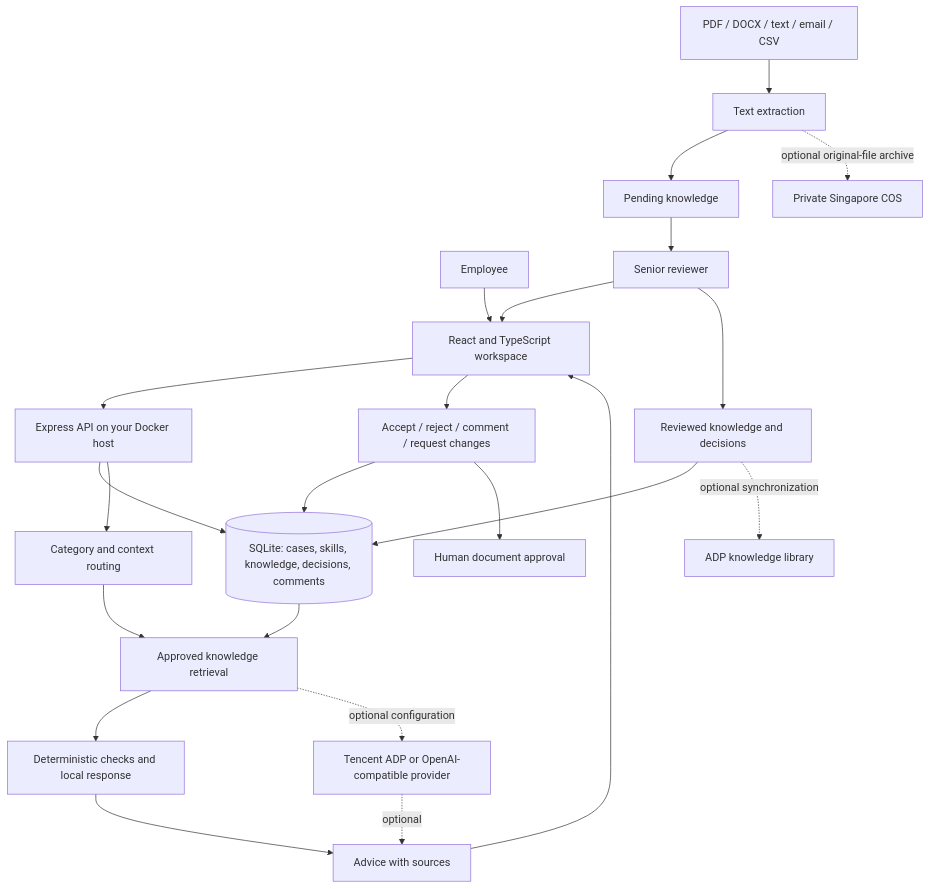
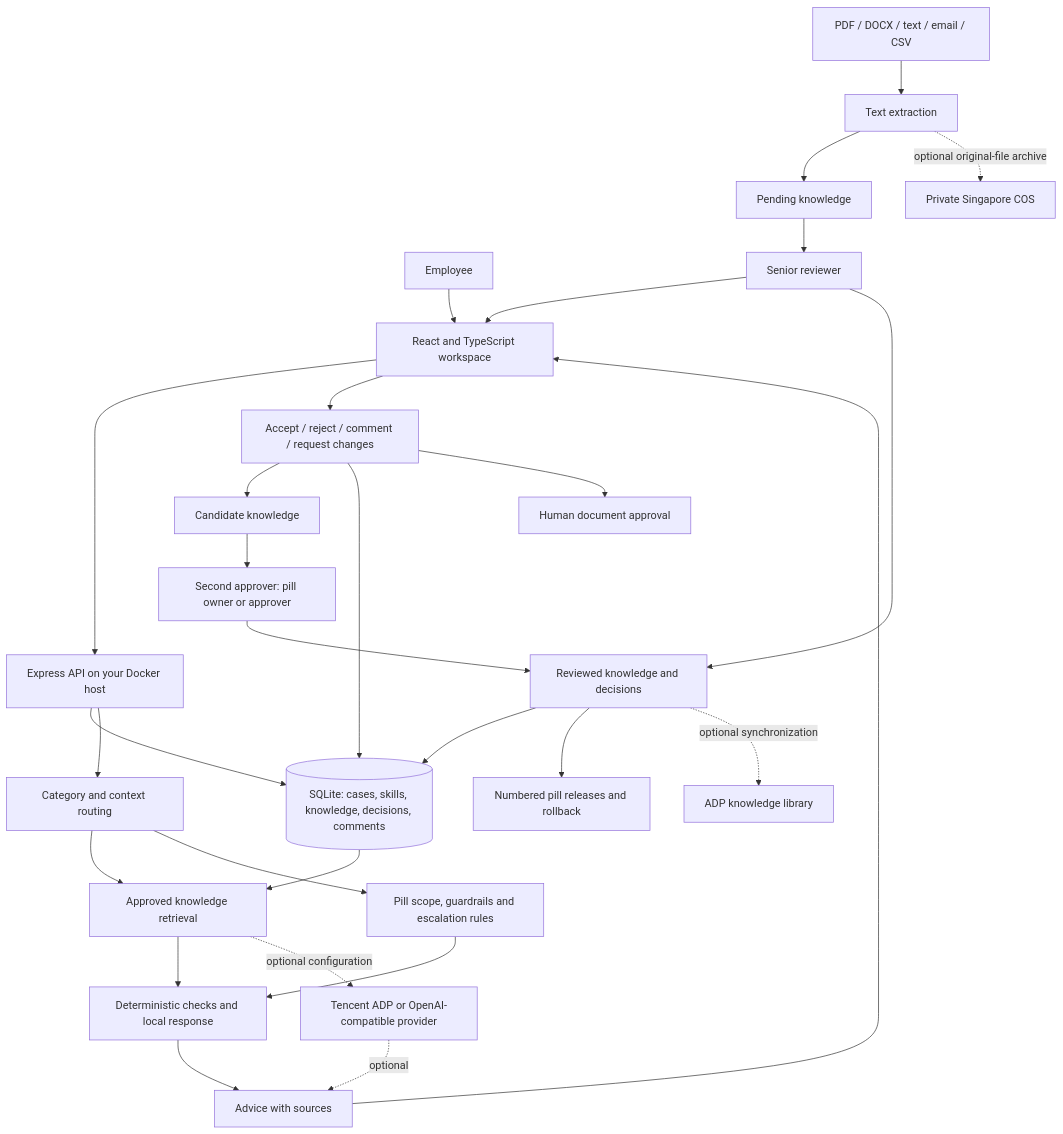
Before and after one commit to RobotHanzo/TencentHackathon2026: the diagram in docs/HACKATHON_SUBMISSION.md, drawn with Mermaid. The commit also changed other lines of this file and 28 other files, not shown here.

````diff
--- a/docs/HACKATHON_SUBMISSION.md
+++ b/docs/HACKATHON_SUBMISSION.md
@@ -35,25 +36,31 @@
 ```mermaid
 flowchart TD
     Employee[Employee] --> UI[React and TypeScript workspace]
     Manager[Senior reviewer] --> UI
     UI --> API[Express API on your Docker host]
     API --> DB[(SQLite: cases, skills, knowledge, decisions, comments)]
     Files[PDF / DOCX / text / email / CSV] --> Extract[Text extraction]
     Extract --> Pending[Pending knowledge]
     Pending --> Manager
     Manager --> Approved[Reviewed knowledge and decisions]
     Approved --> DB
     API --> Router[Category and context routing]
     DB --> Retrieve[Approved knowledge retrieval]
     Router --> Retrieve
     Retrieve --> Checks[Deterministic checks and local response]
     Retrieve -. optional configuration .-> Model[Tencent ADP or OpenAI-compatible provider]
+    Router --> Bounds[Pill scope, guardrails and escalation rules]
+    Bounds --> Checks
+    Review --> Candidate[Candidate knowledge]
+    Candidate --> Second[Second approver: pill owner or approver]
+    Second --> Approved
+    Approved --> Releases[Numbered pill releases and rollback]
     Approved -. optional synchronization .-> ADPKnowledge[ADP knowledge library]
     Extract -. optional original-file archive .-> COS[Private Singapore COS]
     Checks --> Advice[Advice with sources]
     Model -. optional .-> Advice
     Advice --> UI
     UI --> Review[Accept / reject / comment / request changes]
     Review --> DB
     Review --> HumanGate[Human document approval]
 ```
````
